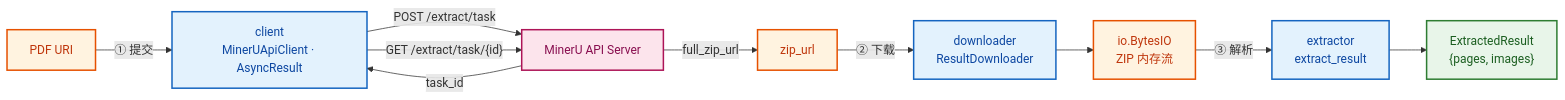
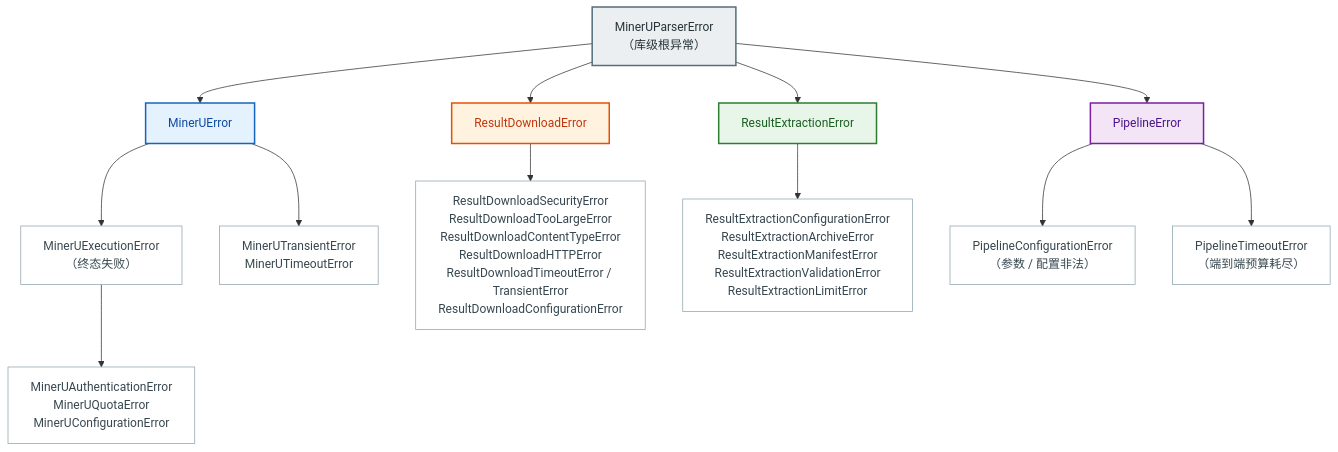
The first of 2 diagrams in README.md (dream-365/mineru-parser), drawn with Mermaid before and after one commit. The commit also changed other lines of this file, not shown here.

````diff
--- a/README.md
+++ b/README.md
@@ -52,26 +297,31 @@
 ```mermaid
-flowchart LR
-    classDef io fill:#fff3e0,stroke:#e65100,stroke-width:2px,color:#bf360c;
-    classDef mod fill:#e3f2fd,stroke:#1565c0,stroke-width:2px,color:#0d47a1;
-    classDef out fill:#e8f5e9,stroke:#2e7d32,stroke-width:2px,color:#1b5e20;
-    classDef srv fill:#fce4ec,stroke:#ad1457,stroke-width:2px,color:#880e4f;
+flowchart TB
+    ROOT["MinerUParserError<br/>（库级根异常）"]:::root
+    CLIENT["MinerUError"]:::c1
+    DLERR["ResultDownloadError"]:::c2
+    EXERR["ResultExtractionError"]:::c3
+    PIPE["PipelineError"]:::c4
 
-    URI["PDF URI"]:::io
-    CLIENT["client<br/>MinerUApiClient · AsyncResult"]:::mod
-    API["MinerU API Server"]:::srv
-    ZIPURL["zip_url"]:::io
-    DL["downloader<br/>ResultDownloader"]:::mod
-    MEM["io.BytesIO<br/>ZIP 内存流"]:::io
-    EX["extractor<br/>extract_result"]:::mod
-    RESULT["ExtractedResult<br/>{pages, images}"]:::out
+    ROOT --> CLIENT
+    ROOT --> DLERR
+    ROOT --> EXERR
+    ROOT --> PIPE
 
-    URI -->|"① 提交"| CLIENT
-    CLIENT -->|"POST /extract/task"| API
-    API -->|"task_id"| CLIENT
-    CLIENT -->|"GET /extract/task/{id}"| API
-    API -->|"full_zip_url"| ZIPURL
-    ZIPURL -->|"② 下载"| DL
-    DL --> MEM
-    MEM -->|"③ 解析"| EX
-    EX --> RESULT
+    CLIENT --> EXEC["MinerUExecutionError<br/>（终态失败）"]:::leaf
+    EXEC --> A1["MinerUAuthenticationError<br/>MinerUQuotaError<br/>MinerUConfigurationError"]:::leaf
+    CLIENT --> A2["MinerUTransientError<br/>MinerUTimeoutError"]:::leaf
+
+    DLERR --> B1["ResultDownloadSecurityError<br/>ResultDownloadTooLargeError<br/>ResultDownloadContentTypeError<br/>ResultDownloadHTTPError<br/>ResultDownloadTimeoutError / TransientError<br/>ResultDownloadConfigurationError"]:::leaf
+
+    EXERR --> C1["ResultExtractionConfigurationError<br/>ResultExtractionArchiveError<br/>ResultExtractionManifestError<br/>ResultExtractionValidationError<br/>ResultExtractionLimitError"]:::leaf
+
+    PIPE --> D1["PipelineConfigurationError<br/>（参数 / 配置非法）"]:::leaf
+    PIPE --> D2["PipelineTimeoutError<br/>（端到端预算耗尽）"]:::leaf
+
+    classDef root fill:#eceff1,stroke:#546e7a,stroke-width:2px,color:#263238;
+    classDef c1 fill:#e3f2fd,stroke:#1565c0,stroke-width:2px,color:#0d47a1;
+    classDef c2 fill:#fff3e0,stroke:#e65100,stroke-width:2px,color:#bf360c;
+    classDef c3 fill:#e8f5e9,stroke:#2e7d32,stroke-width:2px,color:#1b5e20;
+    classDef c4 fill:#f3e5f5,stroke:#7b1fa2,stroke-width:2px,color:#4a148c;
+    classDef leaf fill:#ffffff,stroke:#90a4ae,stroke-width:1px,color:#37474f;
 ```
````
